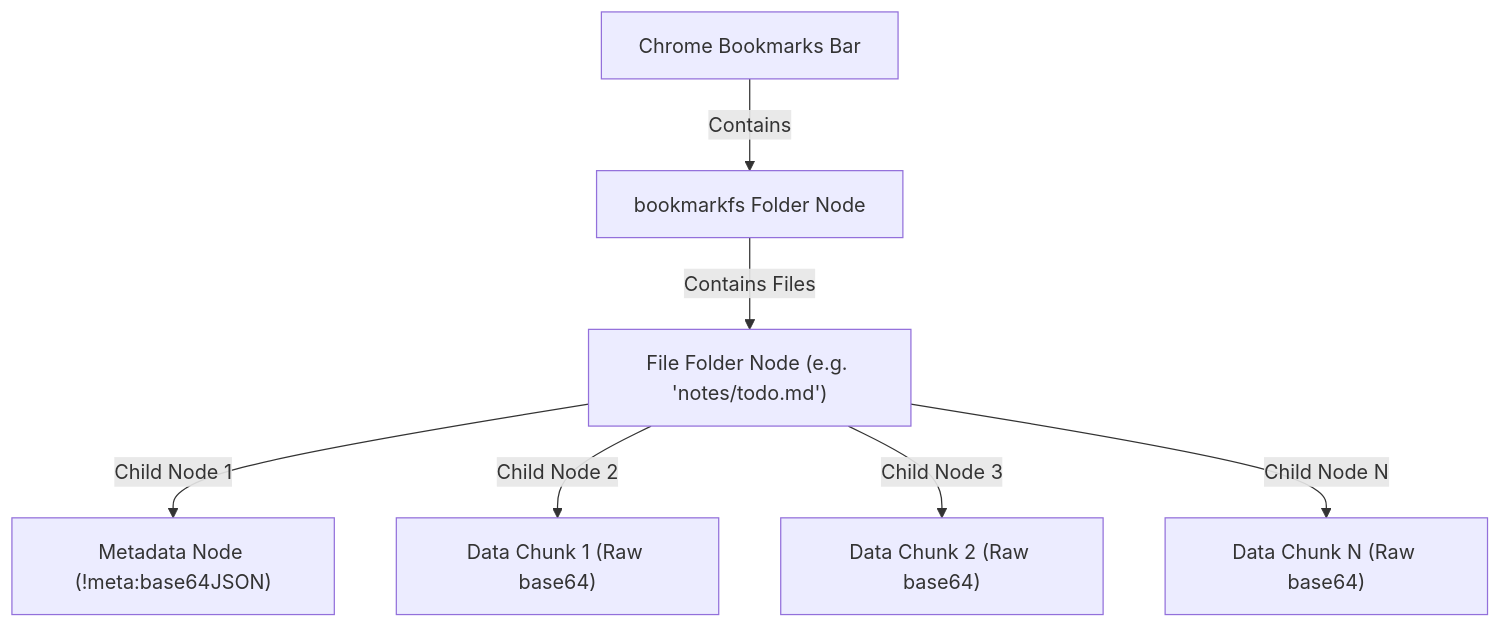
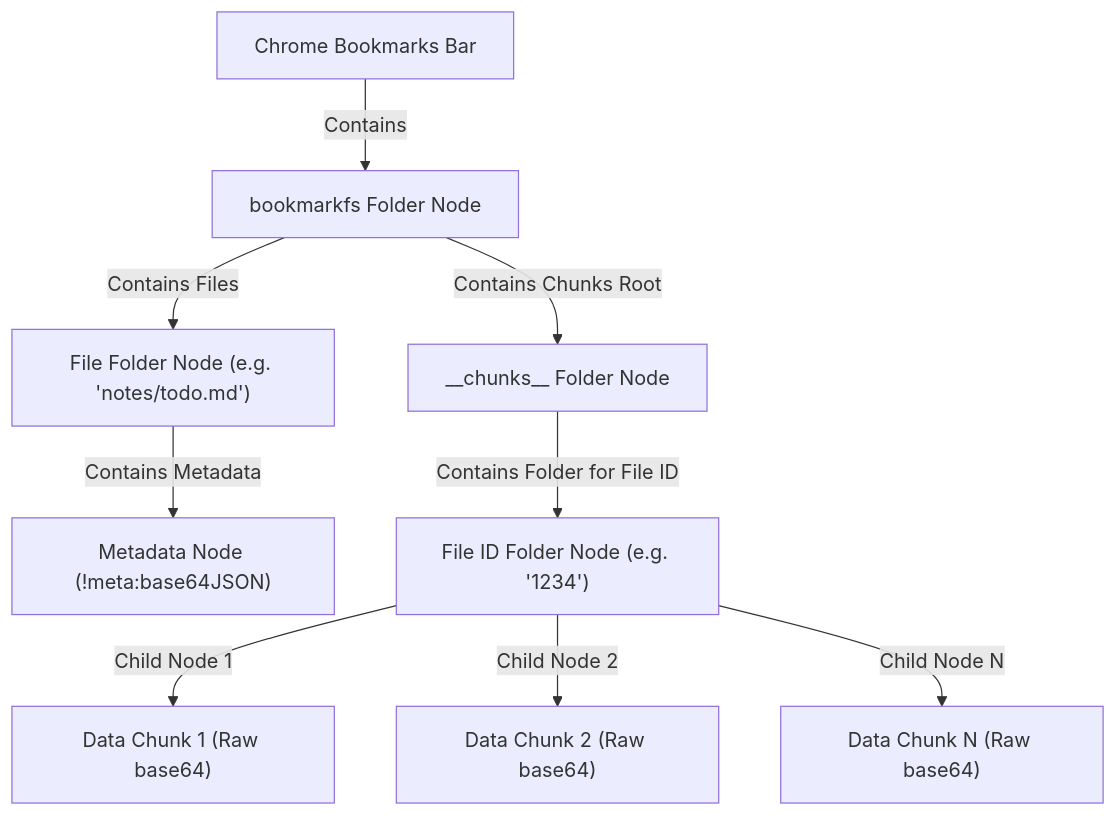
The diagram in documentation.md (WizardOfXerox/bookmarkfs-2.0), drawn with Mermaid before and after one commit. The commit also changed other lines of this file and 2 other files, not shown here.

Commit message:
Implement BookmarkFS 3.0: Centralized chunking (Schema 3), custom password modal with generator/strength meter, voice note recorder, text/markdown editor, bulk select ZIP/Move/Delete, storage category bar chart, single-file sharing

````diff
--- a/documentation.md
+++ b/documentation.md
@@ -11,9 +11,12 @@
 ```mermaid
 graph TD
     RootBar[Chrome Bookmarks Bar] -->|Contains| FSRoot["bookmarkfs Folder Node"]
     FSRoot -->|Contains Files| FileFolder["File Folder Node (e.g. 'notes/todo.md')"]
-    FileFolder -->|Child Node 1| MetaNode["Metadata Node (!meta:base64JSON)"]
-    FileFolder -->|Child Node 2| ChunkNode1["Data Chunk 1 (Raw base64)"]
-    FileFolder -->|Child Node 3| ChunkNode2["Data Chunk 2 (Raw base64)"]
-    FileFolder -->|Child Node N| ChunkNodeN["Data Chunk N (Raw base64)"]
+    FileFolder -->|Contains Metadata| MetaNode["Metadata Node (!meta:base64JSON)"]
+    
+    FSRoot -->|Contains Chunks Root| ChunksRoot["__chunks__ Folder Node"]
+    ChunksRoot -->|Contains Folder for File ID| FileChunksFolder["File ID Folder Node (e.g. '1234')"]
+    FileChunksFolder -->|Child Node 1| ChunkNode1["Data Chunk 1 (Raw base64)"]
+    FileChunksFolder -->|Child Node 2| ChunkNode2["Data Chunk 2 (Raw base64)"]
+    FileChunksFolder -->|Child Node N| ChunkNodeN["Data Chunk N (Raw base64)"]
 ```
````
